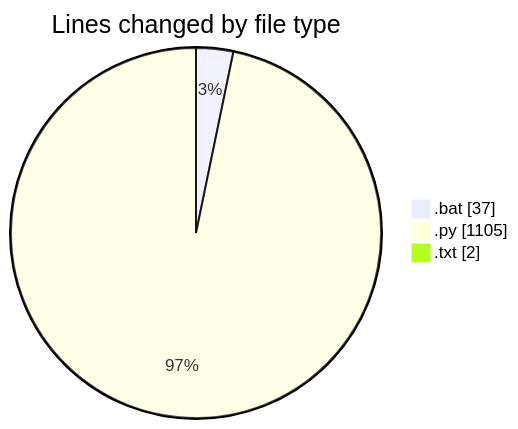
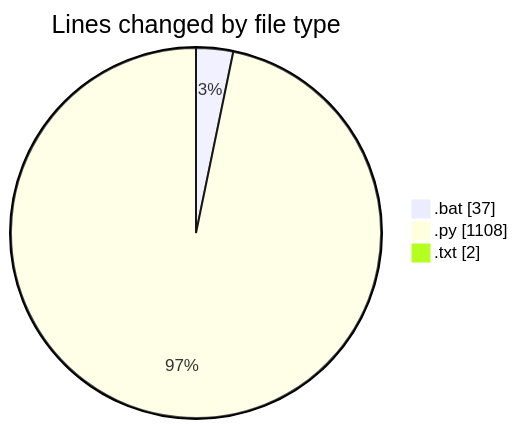
Before and after one commit to FelipKnott/code-tracking: the first of 2 diagrams in 2025-07-04/cursor/README.md, drawn with Mermaid. The commit also changed other lines of this file and 1 other file, not shown here.

````diff
--- a/2025-07-04/cursor/README.md
+++ b/2025-07-04/cursor/README.md
@@ -35,7 +35,7 @@
 ```mermaid
 pie showData
 title Lines changed by file type
 ".bat" : 37
-".py" : 1105
+".py" : 1108
 ".txt" : 2
 ```
````
